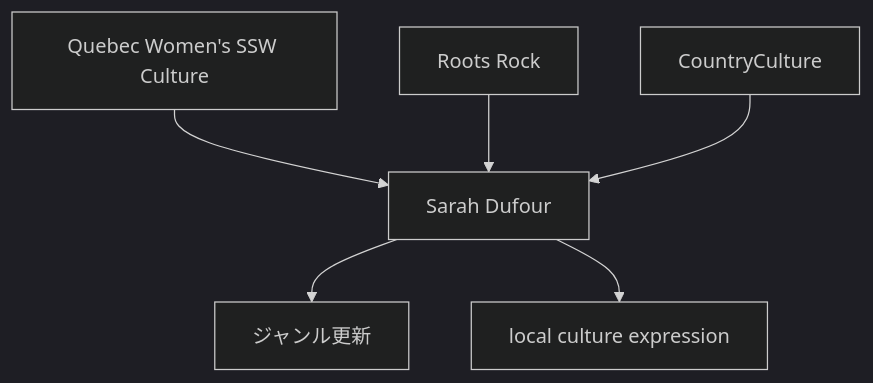
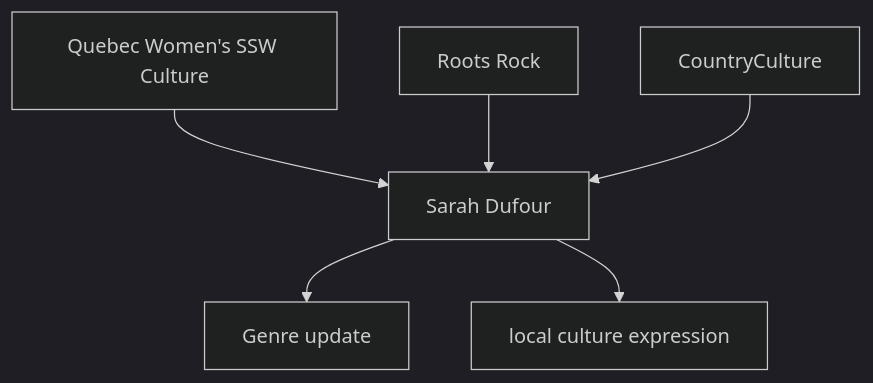
One commit to monumental-movement/monumental-movement.github.io changed the sixth of 9 diagrams in en/_posts/2026-05-09-column-sarah-dufour.md. Above: the diagram before and after it, drawn with Mermaid (dark theme). The commit also changed other lines of this file and 851 other files, not shown here.

```diff
--- a/en/_posts/2026-05-09-column-sarah-dufour.md
+++ b/en/_posts/2026-05-09-column-sarah-dufour.md
@@ -257,9 +257,9 @@
 <div class="mermaid">
 graph TD
 A[Quebec Women's SSW Culture] --> D[Sarah Dufour]
 B[Roots Rock] --> D
 C[CountryCulture] --> D
 
-D --> E[ジャンル更新]
+D --> E[Genre update]
 D --> F[local culture expression]
 </div>
```
